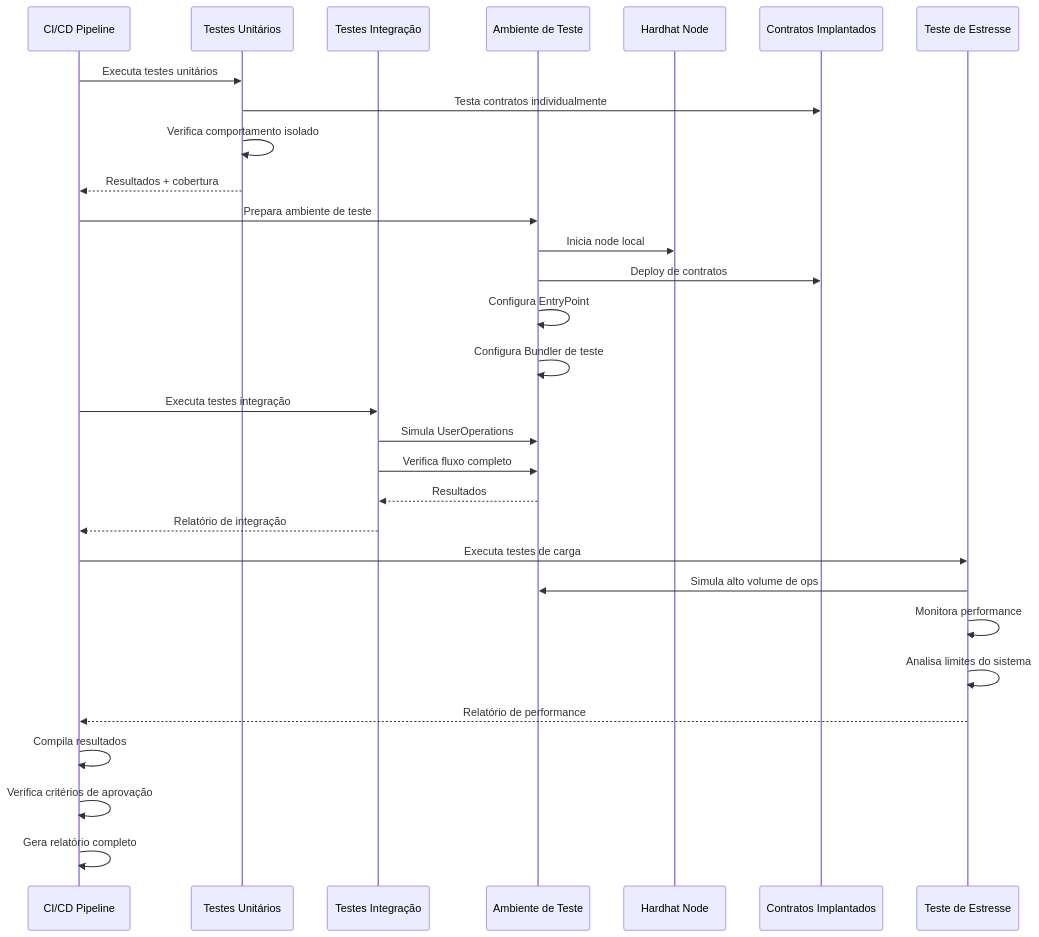
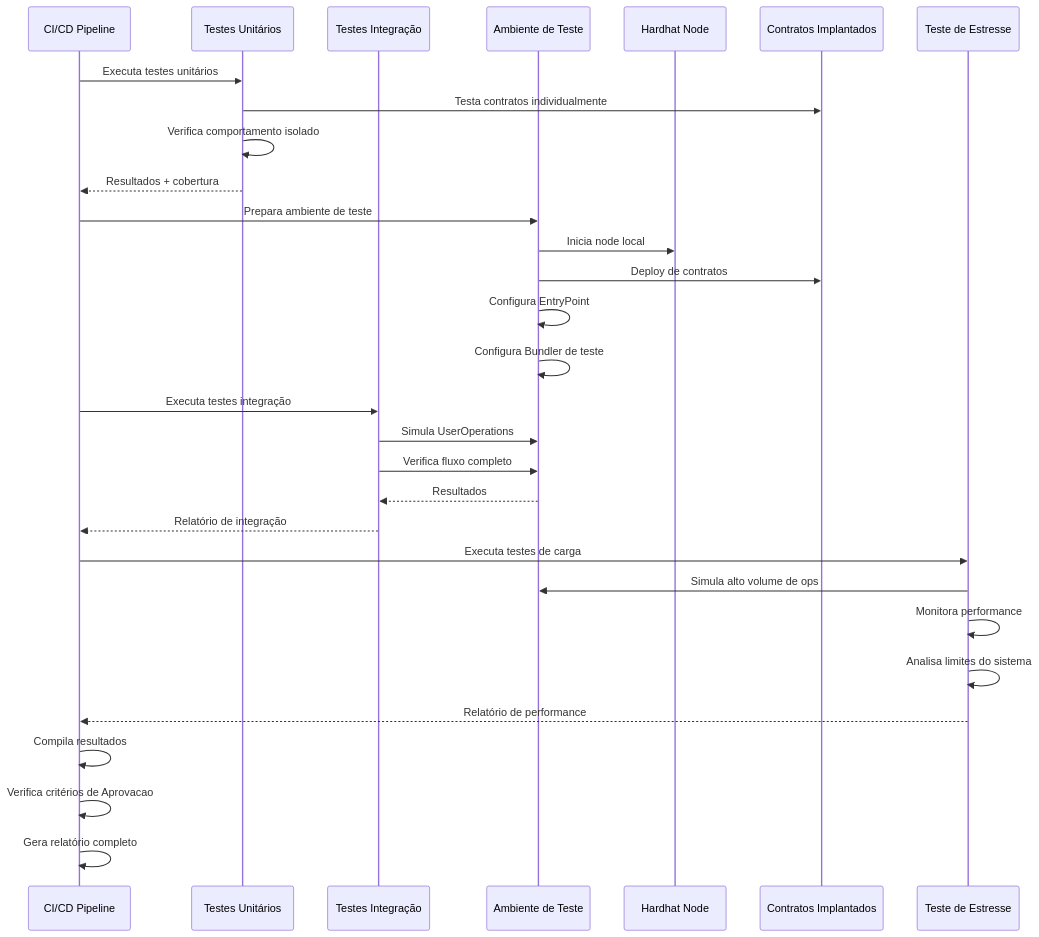
Before and after one commit to govinda777/poc_ERC-4337: the eighth of 8 diagrams in frontend/DIAGRAMS.md, drawn with Mermaid. The commit also changed other lines of this file and 233 other files, not shown here.

````diff
--- a/frontend/DIAGRAMS.md
+++ b/frontend/DIAGRAMS.md
@@ -396,37 +396,37 @@
 ```mermaid
 sequenceDiagram
     participant CI as CI/CD Pipeline
     participant UnitTest as Testes Unitários
     participant IntegrationTest as Testes Integração
     participant TestEnv as Ambiente de Teste
     participant HardhatNode as Hardhat Node
     participant Contracts as Contratos Implantados
     participant StressTest as Teste de Estresse
     
     CI->>UnitTest: Executa testes unitários
     UnitTest->>Contracts: Testa contratos individualmente
     UnitTest->>UnitTest: Verifica comportamento isolado
     UnitTest-->>CI: Resultados + cobertura
     
     CI->>TestEnv: Prepara ambiente de teste
     TestEnv->>HardhatNode: Inicia node local
     TestEnv->>Contracts: Deploy de contratos
     TestEnv->>TestEnv: Configura EntryPoint
     TestEnv->>TestEnv: Configura Bundler de teste
     
     CI->>IntegrationTest: Executa testes integração
     IntegrationTest->>TestEnv: Simula UserOperations
     IntegrationTest->>TestEnv: Verifica fluxo completo
     TestEnv-->>IntegrationTest: Resultados
     IntegrationTest-->>CI: Relatório de integração
     
     CI->>StressTest: Executa testes de carga
     StressTest->>TestEnv: Simula alto volume de ops
     StressTest->>StressTest: Monitora performance
     StressTest->>StressTest: Analisa limites do sistema
     StressTest-->>CI: Relatório de performance
     
     CI->>CI: Compila resultados
-    CI->>CI: Verifica critérios de aprovação
+    CI->>CI: Verifica critérios de Aprovacao
     CI->>CI: Gera relatório completo
 ```
````
